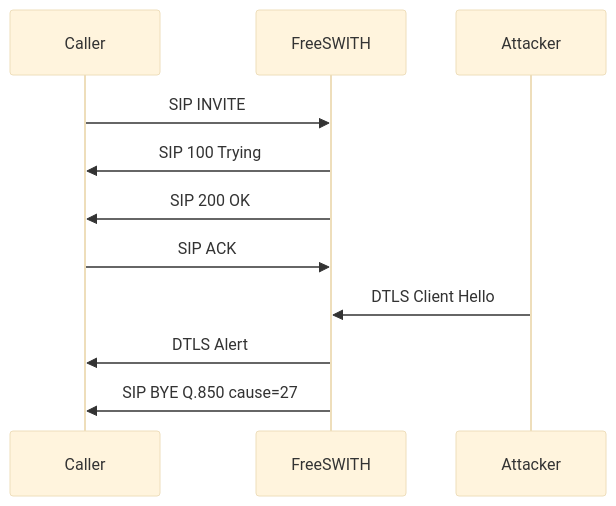
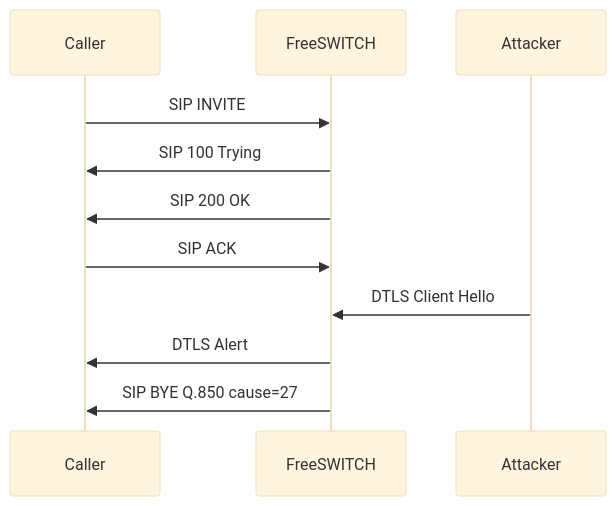
Before and after one commit to EnableSecurity/advisories: the diagram in ES2023-02-freeswitch-dtls-hello-race/resources/dos.mmd, drawn with Mermaid (base theme). The commit also changed 3 other files, not shown here.

```diff
--- a/ES2023-02-freeswitch-dtls-hello-race/resources/dos.mmd
+++ b/ES2023-02-freeswitch-dtls-hello-race/resources/dos.mmd
@@ -1,8 +1,8 @@
 sequenceDiagram
-    Caller->>FreeSWITH: SIP INVITE
-    FreeSWITH->>Caller: SIP 100 Trying
-    FreeSWITH->>Caller: SIP 200 OK
-    Caller->>FreeSWITH: SIP ACK
-    Attacker->>FreeSWITH: DTLS Client Hello
-    FreeSWITH->>Caller: DTLS Alert
-    FreeSWITH->>Caller: SIP BYE Q.850 cause=27
+    Caller->>FreeSWITCH: SIP INVITE
+    FreeSWITCH->>Caller: SIP 100 Trying
+    FreeSWITCH->>Caller: SIP 200 OK
+    Caller->>FreeSWITCH: SIP ACK
+    Attacker->>FreeSWITCH: DTLS Client Hello
+    FreeSWITCH->>Caller: DTLS Alert
+    FreeSWITCH->>Caller: SIP BYE Q.850 cause=27
```
